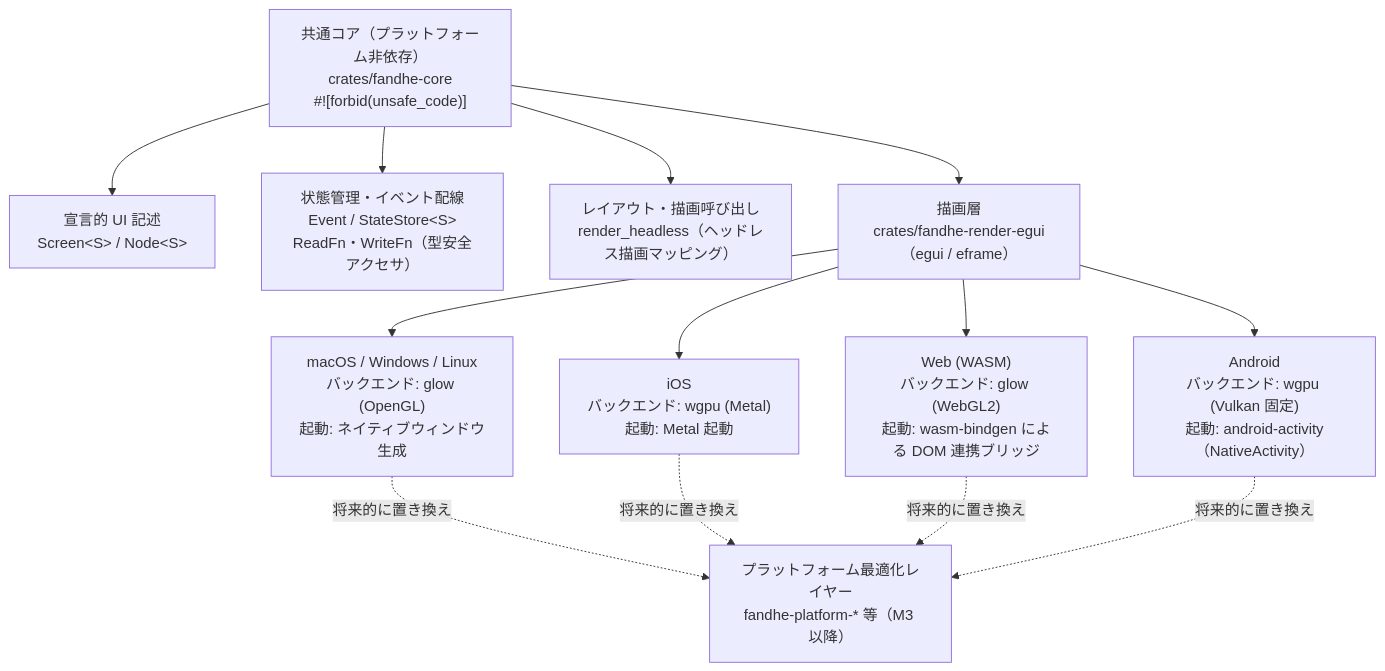
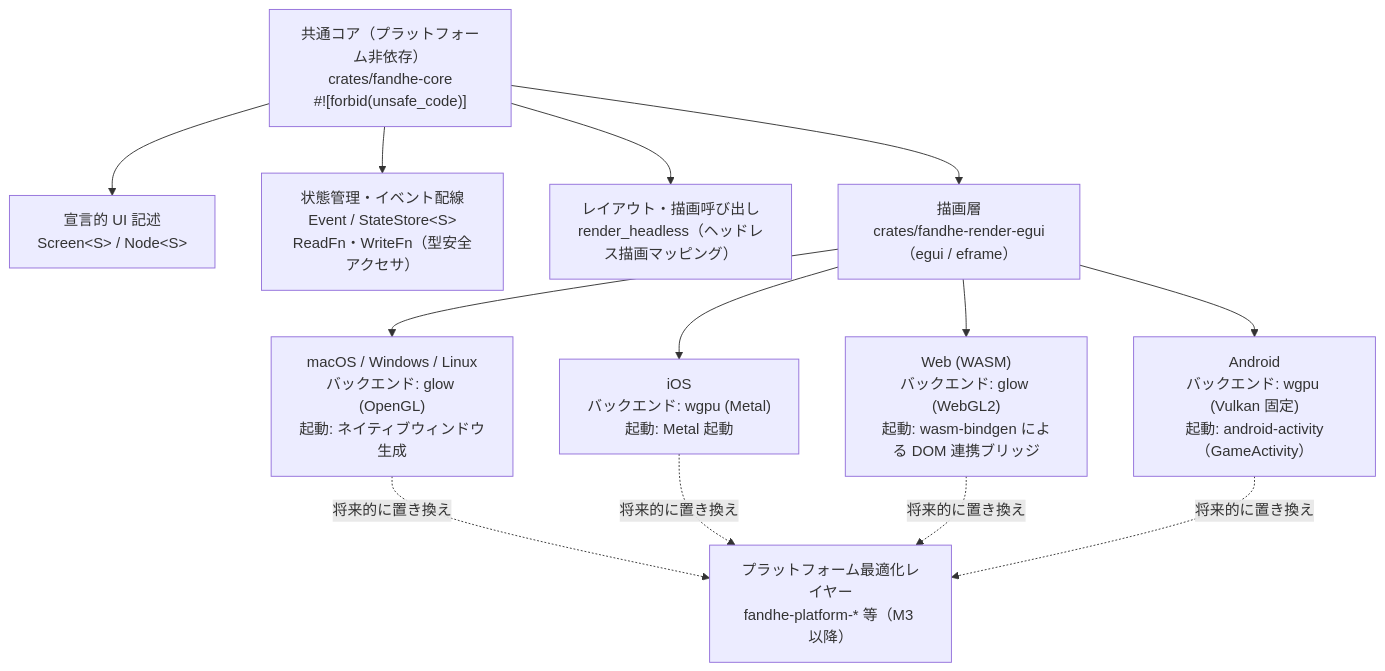
Before and after one commit to Fandhe-AI/fandhe-multi-platform: the diagram in docs/architecture/responsibility-boundary.md, drawn with Mermaid. The commit also changed 1 other file, not shown here.

Commit message:
docs: 計測の起点と Android の起動方式の記述を実装に合わせる
Refs: #1400

````diff
--- a/docs/architecture/responsibility-boundary.md
+++ b/docs/architecture/responsibility-boundary.md
@@ -29,20 +29,20 @@
 ```mermaid
 graph TD
     Core["共通コア（プラットフォーム非依存）<br/>crates/fandhe-core<br/>#![forbid(unsafe_code)]"]
     Core --> UI["宣言的 UI 記述<br/>Screen&lt;S&gt; / Node&lt;S&gt;"]
     Core --> State["状態管理・イベント配線<br/>Event / StateStore&lt;S&gt;<br/>ReadFn・WriteFn（型安全アクセサ）"]
     Core --> Render["レイアウト・描画呼び出し<br/>render_headless（ヘッドレス描画マッピング）"]
 
     Core --> Proxy["描画層<br/>crates/fandhe-render-egui（egui / eframe）"]
 
     Proxy --> Desktop["macOS / Windows / Linux<br/>バックエンド: glow (OpenGL)<br/>起動: ネイティブウィンドウ生成"]
     Proxy --> IOS["iOS<br/>バックエンド: wgpu (Metal)<br/>起動: Metal 起動"]
     Proxy --> Web["Web (WASM)<br/>バックエンド: glow (WebGL2)<br/>起動: wasm-bindgen による DOM 連携ブリッジ"]
-    Proxy --> Android["Android<br/>バックエンド: wgpu (Vulkan 固定)<br/>起動: android-activity（NativeActivity）"]
+    Proxy --> Android["Android<br/>バックエンド: wgpu (Vulkan 固定)<br/>起動: android-activity（GameActivity）"]
 
     Platform["プラットフォーム最適化レイヤー<br/>fandhe-platform-* 等（M3 以降）"]
     Desktop -.将来的に置き換え.-> Platform
     IOS -.将来的に置き換え.-> Platform
     Web -.将来的に置き換え.-> Platform
     Android -.将来的に置き換え.-> Platform
 ```
````
